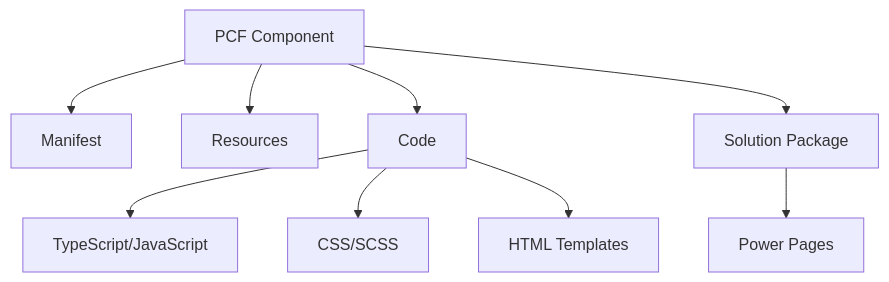
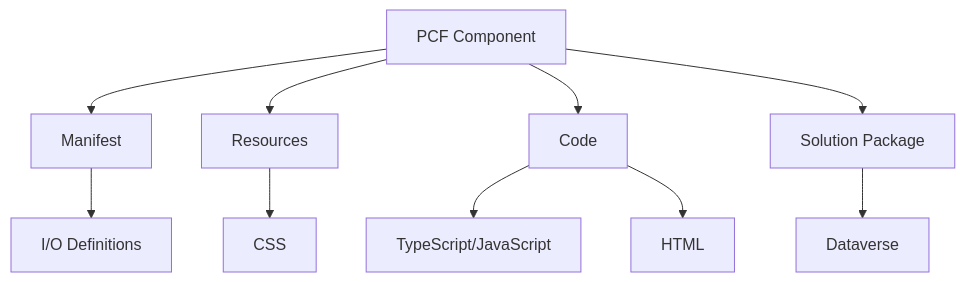
One commit to cchannon/AdvancedPcfForPowerPages changed the diagram in AdvancedPCFsForPowerPages_PresentationOutline.md. Above: the diagram before and after it, drawn with Mermaid. The commit also changed other lines of this file and 1 other file, not shown here.

````diff
--- a/AdvancedPCFsForPowerPages_PresentationOutline.md
+++ b/AdvancedPCFsForPowerPages_PresentationOutline.md
@@ -14,11 +14,12 @@
 ```mermaid
 graph TD
     A[PCF Component] --> B[Manifest]
+    B --> B1[I/O Definitions]
     A --> C[Resources]
     A --> D[Code]
     D --> D1[TypeScript/JavaScript]
-    D --> D2[CSS/SCSS]
-    D --> D3[HTML Templates]
+    C --> C2[CSS]
+    D --> D2[HTML]
     A --> E[Solution Package]
-    E --> F[Power Pages]
+    E --> F[Dataverse]
 ```
````
